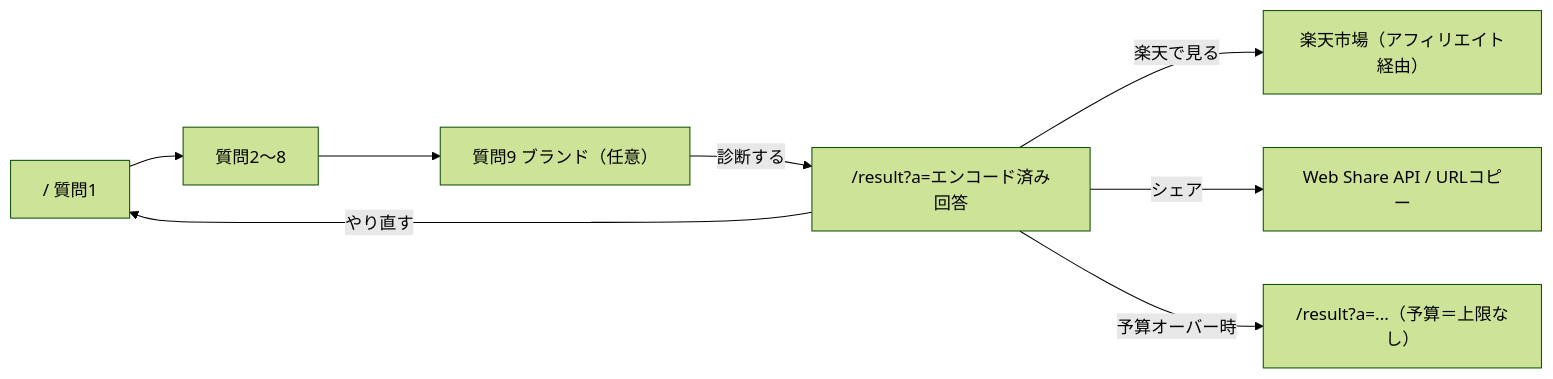
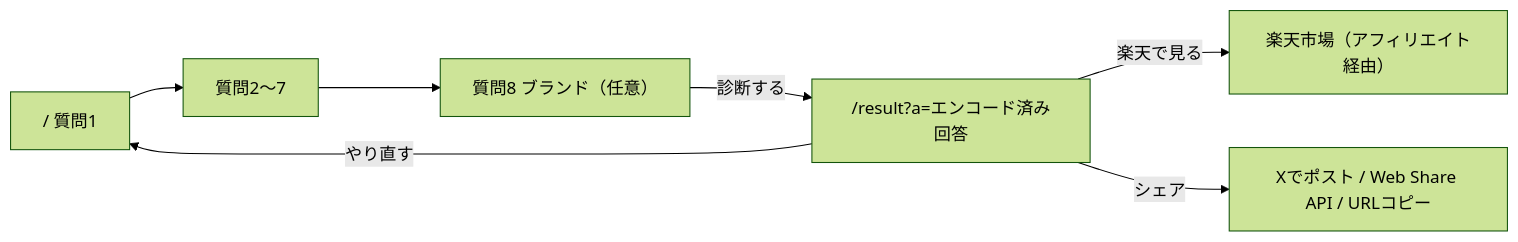
The first of 2 diagrams in docs/design.md (kzkOasis/racket-finder), drawn with Mermaid (forest theme) before and after one commit. The commit also changed other lines of this file and 14 other files, not shown here.

````diff
--- a/docs/design.md
+++ b/docs/design.md
@@ -77,9 +77,8 @@
 ```mermaid
 flowchart LR
-  A["/ 質問1"] --> B["質問2〜8"] --> C["質問9 ブランド（任意）"]
+  A["/ 質問1"] --> B["質問2〜7"] --> C["質問8 ブランド（任意）"]
   C -- 診断する --> R["/result?a=エンコード済み回答"]
   R -- 楽天で見る --> K["楽天市場（アフィリエイト経由）"]
-  R -- シェア --> S["Web Share API / URLコピー"]
-  R -- 予算オーバー時 --> R2["/result?a=...（予算＝上限なし）"]
+  R -- シェア --> S["Xでポスト / Web Share API / URLコピー"]
   R -- やり直す --> A
 ```
````
